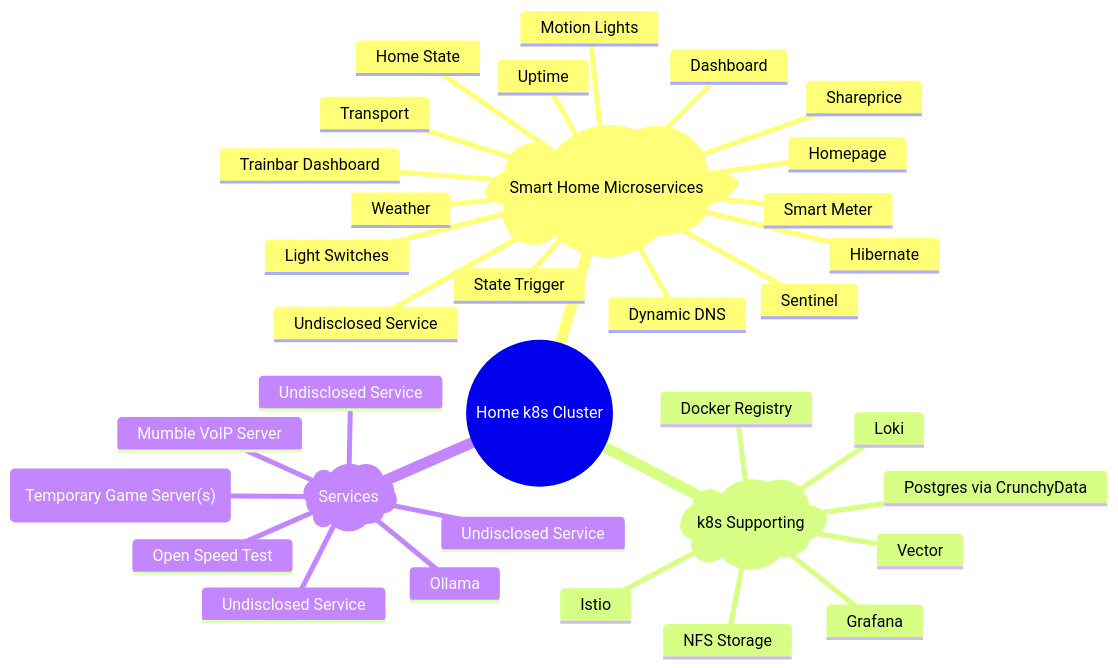
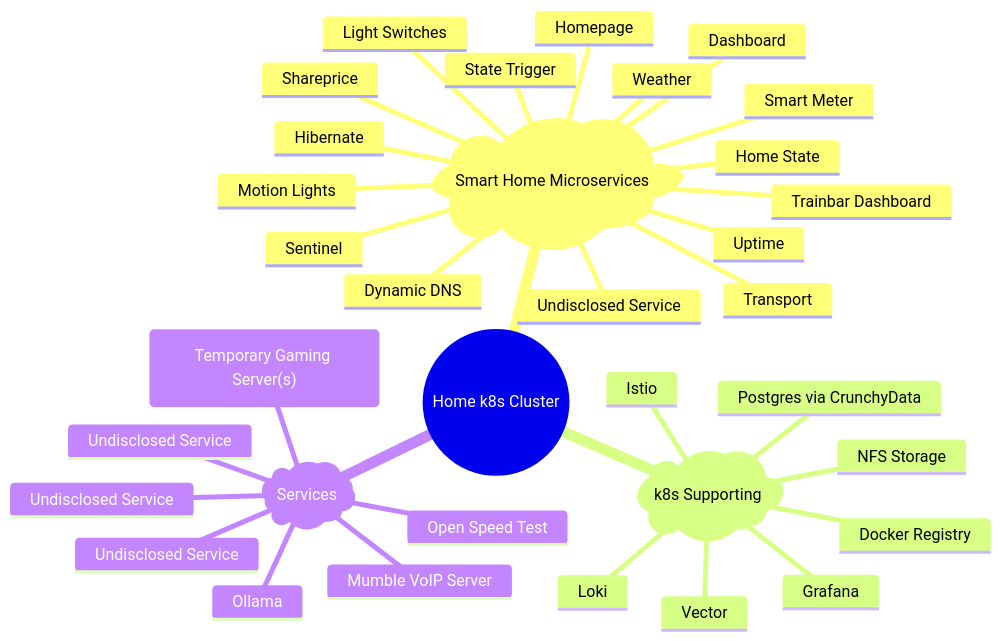
Before and after one commit to marcuscraske/marcuscraske-dot-com: the first of 3 diagrams in content/blog/2025-12-09-smart-home-rebuild/_index.md, drawn with Mermaid. The commit also changed other lines of this file and 1 other file, not shown here.

`````diff
--- a/content/blog/2025-12-09-smart-home-rebuild/_index.md
+++ b/content/blog/2025-12-09-smart-home-rebuild/_index.md
@@ -32,37 +26,37 @@
 ````mermaid
 mindmap
   root((Home k8s Cluster))
     sh) Smart Home Microservices (
         Dashboard
         Dynamic DNS
         Home State
         Homepage
         Shareprice
         Undisclosed Service
         Trainbar Dashboard
         Uptime
         Weather
         Hibernate
         Light Switches
         Motion Lights
         State Trigger
         Smart Meter
         Sentinel
         Transport
     sup) k8s Supporting (
         Docker Registry
         Postgres via CrunchyData
         NFS Storage
         Vector
         Grafana
         Loki
         Istio
     svc) Services (
         Mumble VoIP Server
         Undisclosed Service
         Undisclosed Service
         Undisclosed Service
         Open Speed Test
         Ollama
-        tmp("Temporary Game Server(s)")
+        tmp("Temporary Gaming Server(s)")
 ````
`````
